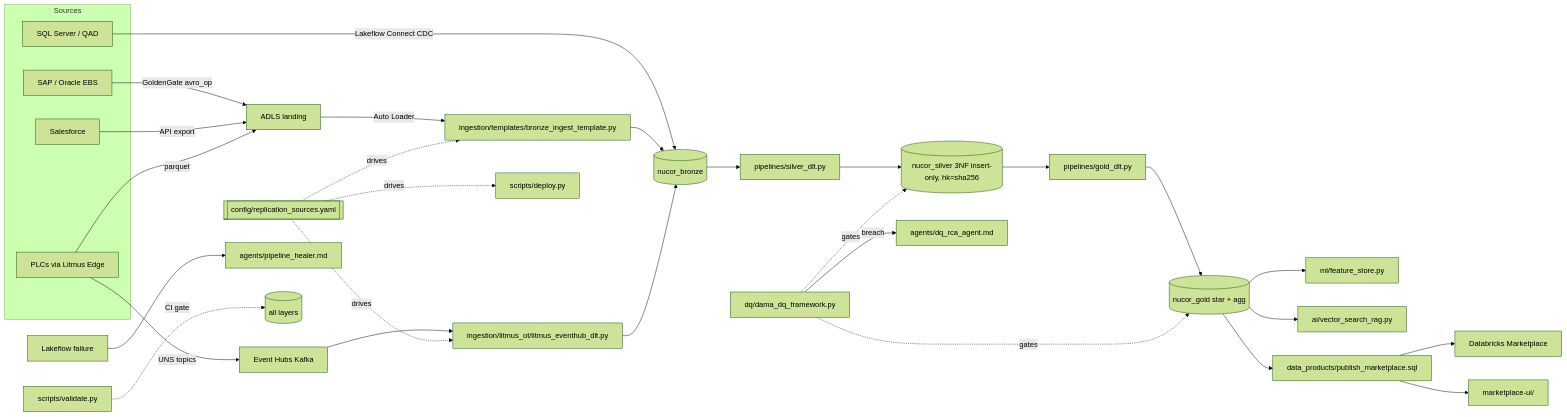
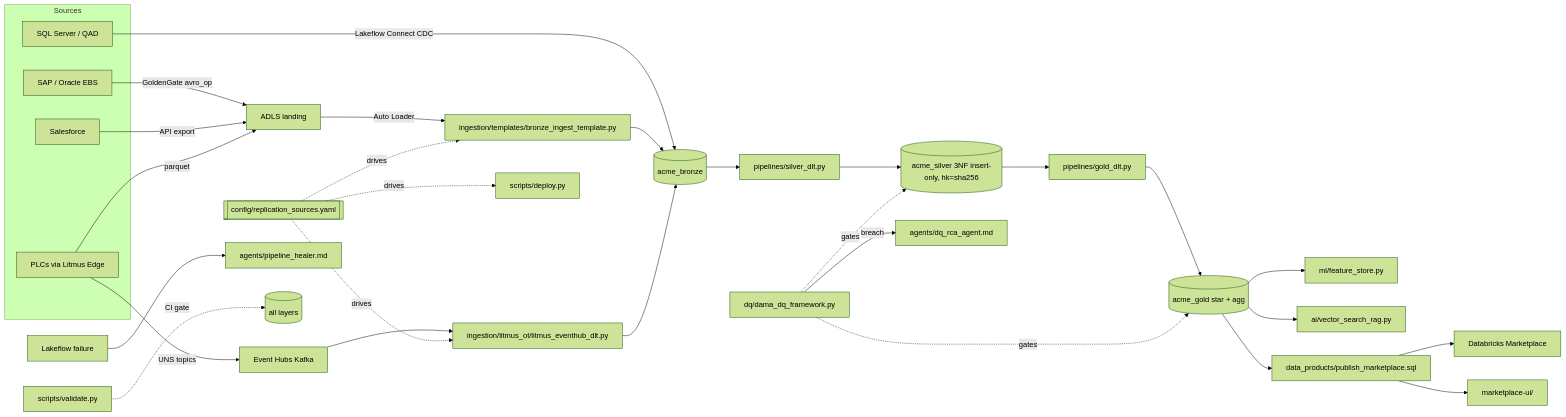
The diagram in docs/CODE_GRAPH.md (ashwinrpande-hub/modern-ai-data-platform-azure-databricks), drawn with Mermaid (forest theme) before and after one commit. The commit also changed other lines of this file and 32 other files, not shown here.

````diff
--- a/docs/CODE_GRAPH.md
+++ b/docs/CODE_GRAPH.md
@@ -2,24 +2,24 @@
 ```mermaid
 flowchart LR
   subgraph Sources
     SAP[SAP / Oracle EBS]; SQL[SQL Server / QAD]; SFDC[Salesforce]; OT[PLCs via Litmus Edge]
   end
   SAP -->|GoldenGate avro_op| L[ADLS landing]
   SFDC -->|API export| L
   OT -->|UNS topics| EH[Event Hubs Kafka]
   OT -->|parquet| L
   SQL -->|Lakeflow Connect CDC| B
   L -->|Auto Loader| T1[ingestion/templates/bronze_ingest_template.py]
   EH --> T2[ingestion/litmus_ot/litmus_eventhub_dlt.py]
-  T1 --> B[(nucor_bronze)]
+  T1 --> B[(acme_bronze)]
   T2 --> B
   CFG[[config/replication_sources.yaml]] -.drives.-> T1 & T2 & DEP[scripts/deploy.py]
-  B --> S1[pipelines/silver_dlt.py] --> S[(nucor_silver 3NF insert-only, hk=sha256)]
-  S --> G1[pipelines/gold_dlt.py] --> G[(nucor_gold star + agg)]
+  B --> S1[pipelines/silver_dlt.py] --> S[(acme_silver 3NF insert-only, hk=sha256)]
+  S --> G1[pipelines/gold_dlt.py] --> G[(acme_gold star + agg)]
   G --> FS[ml/feature_store.py] & VS[ai/vector_search_rag.py] & P[data_products/publish_marketplace.sql]
   P --> MKT[Databricks Marketplace] & UI[marketplace-ui/]
   DQ[dq/dama_dq_framework.py] -.gates.-> S & G
   DQ -->|breach| RCA[agents/dq_rca_agent.md]
   JOBFAIL[Lakeflow failure] --> HEAL[agents/pipeline_healer.md]
   VAL[scripts/validate.py] -.CI gate.-> ALL[(all layers)]
 ```
````
